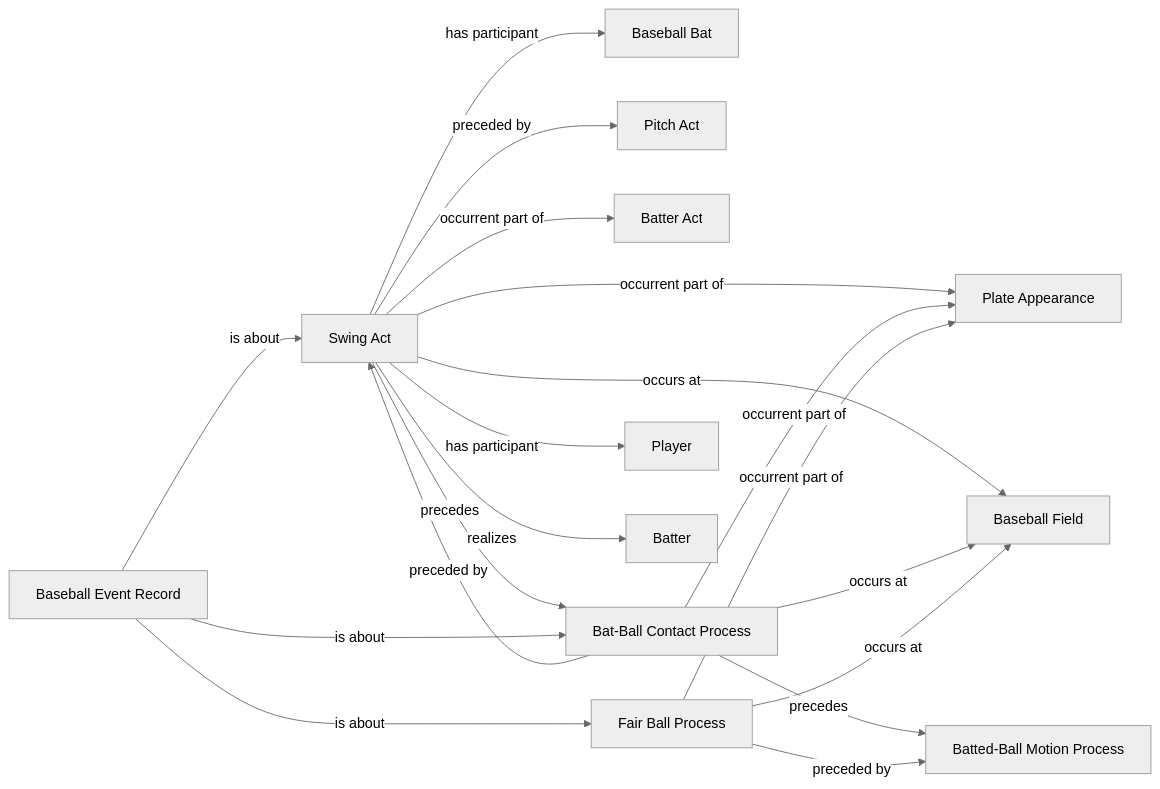
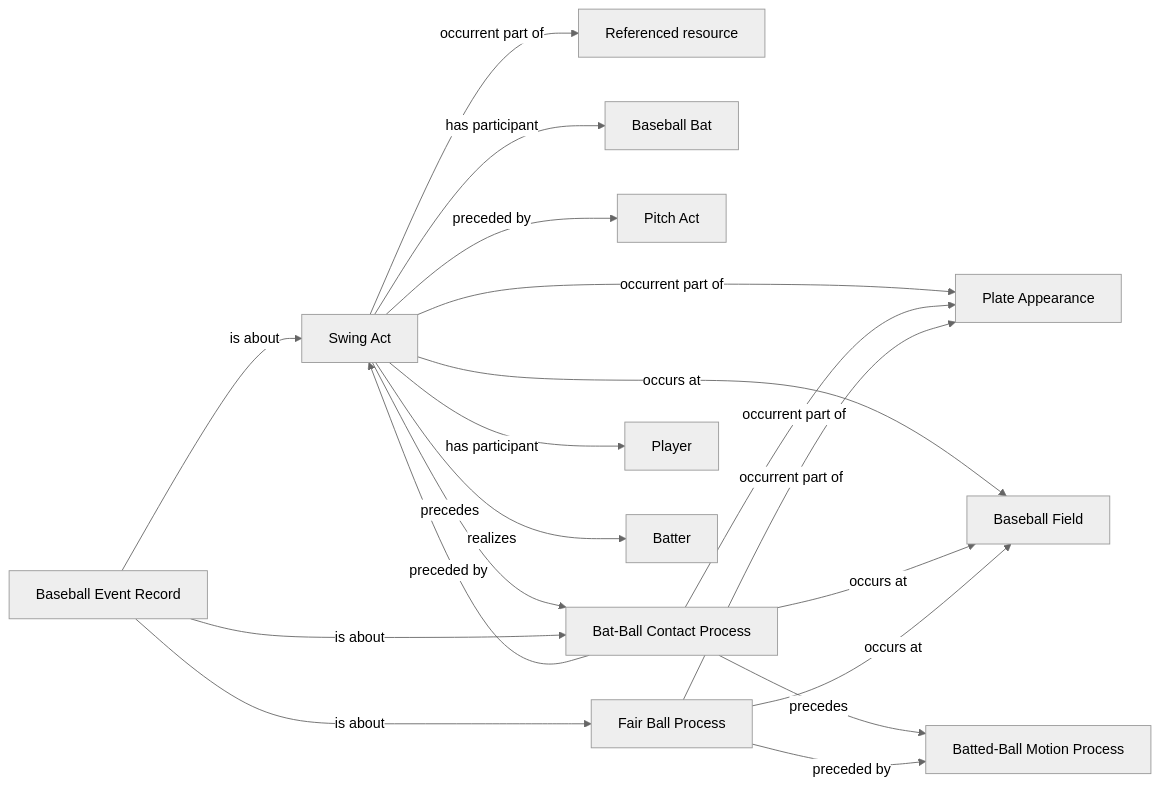
The diagram in Baseball/mermaid/patterns/ontology/20-in-play-out-contact.md (CarterBeauBenson/BaseballO), drawn with Mermaid (neutral theme) before and after one commit. The commit also changed other lines of this file and 153 other files, not shown here.

````diff
--- a/Baseball/mermaid/patterns/ontology/20-in-play-out-contact.md
+++ b/Baseball/mermaid/patterns/ontology/20-in-play-out-contact.md
@@ -10,33 +10,33 @@
 ```mermaid
 flowchart LR
-    N01["Swing Act"]
-    N02["Baseball Bat"]
-    N03["Baseball Event Record"]
-    N04["Pitch Act"]
-    N05["Plate Appearance"]
-    N06["Batter Act"]
+    N01["Referenced resource"]
+    N02["Swing Act"]
+    N03["Baseball Bat"]
+    N04["Baseball Event Record"]
+    N05["Pitch Act"]
+    N06["Plate Appearance"]
     N07["Batted-Ball Motion Process"]
     N08["Bat-Ball Contact Process"]
     N09["Fair Ball Process"]
     N10["Player"]
     N11["Batter"]
     N12["Baseball Field"]
-    N01 -->|has participant| N02
-    N01 -->|has participant| N10
-    N01 -->|occurrent part of| N05
-    N01 -->|occurrent part of| N06
-    N01 -->|occurs at| N12
-    N01 -->|preceded by| N04
-    N01 -->|precedes| N08
-    N01 -->|realizes| N11
-    N03 -->|is about| N01
-    N03 -->|is about| N08
-    N03 -->|is about| N09
-    N08 -->|occurrent part of| N05
+    N02 -->|has participant| N03
+    N02 -->|has participant| N10
+    N02 -->|occurrent part of| N01
+    N02 -->|occurrent part of| N06
+    N02 -->|occurs at| N12
+    N02 -->|preceded by| N05
+    N02 -->|precedes| N08
+    N02 -->|realizes| N11
+    N04 -->|is about| N02
+    N04 -->|is about| N08
+    N04 -->|is about| N09
+    N08 -->|occurrent part of| N06
     N08 -->|occurs at| N12
-    N08 -->|preceded by| N01
+    N08 -->|preceded by| N02
     N08 -->|precedes| N07
-    N09 -->|occurrent part of| N05
+    N09 -->|occurrent part of| N06
     N09 -->|occurs at| N12
     N09 -->|preceded by| N07
 ```
````
